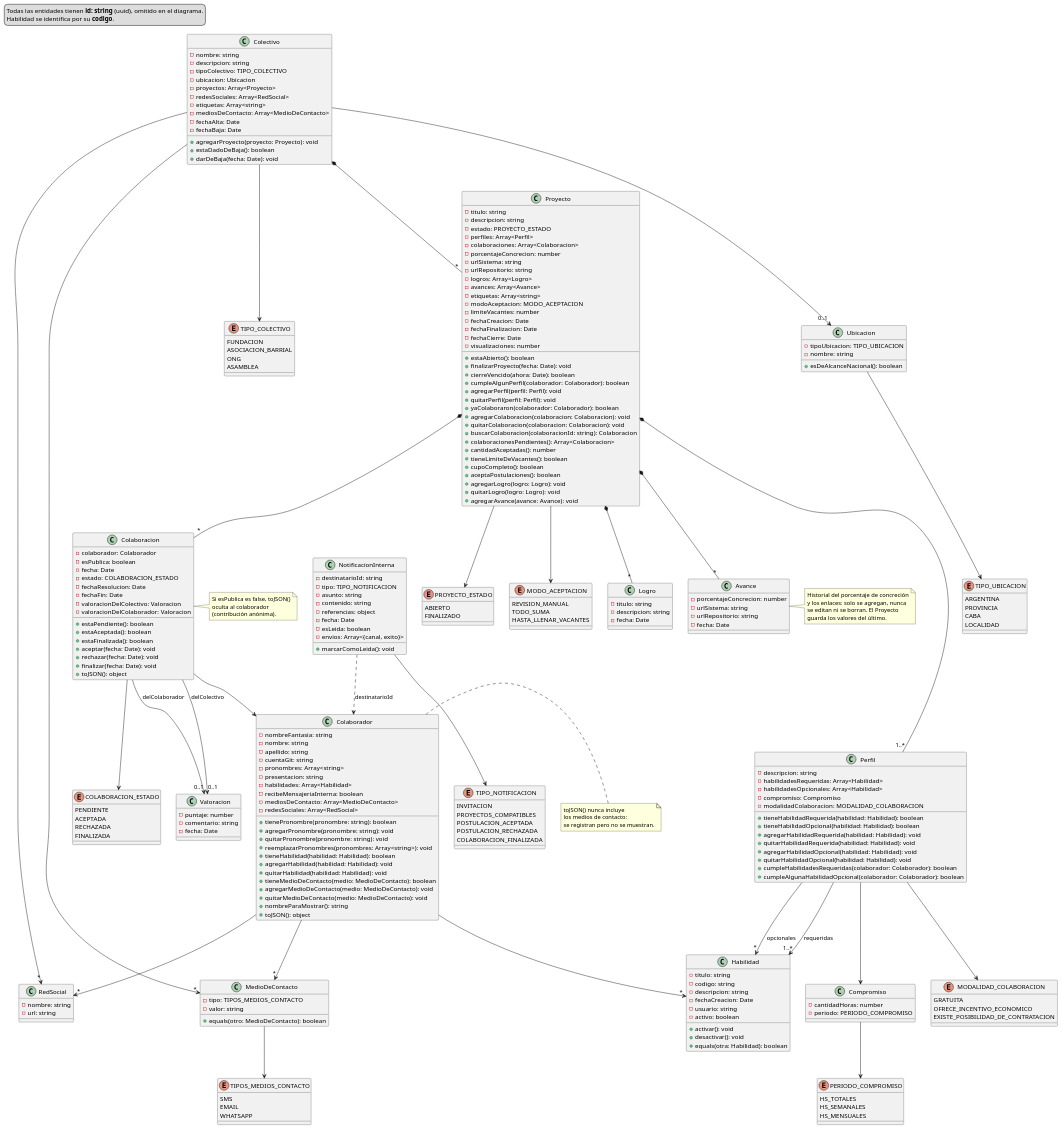
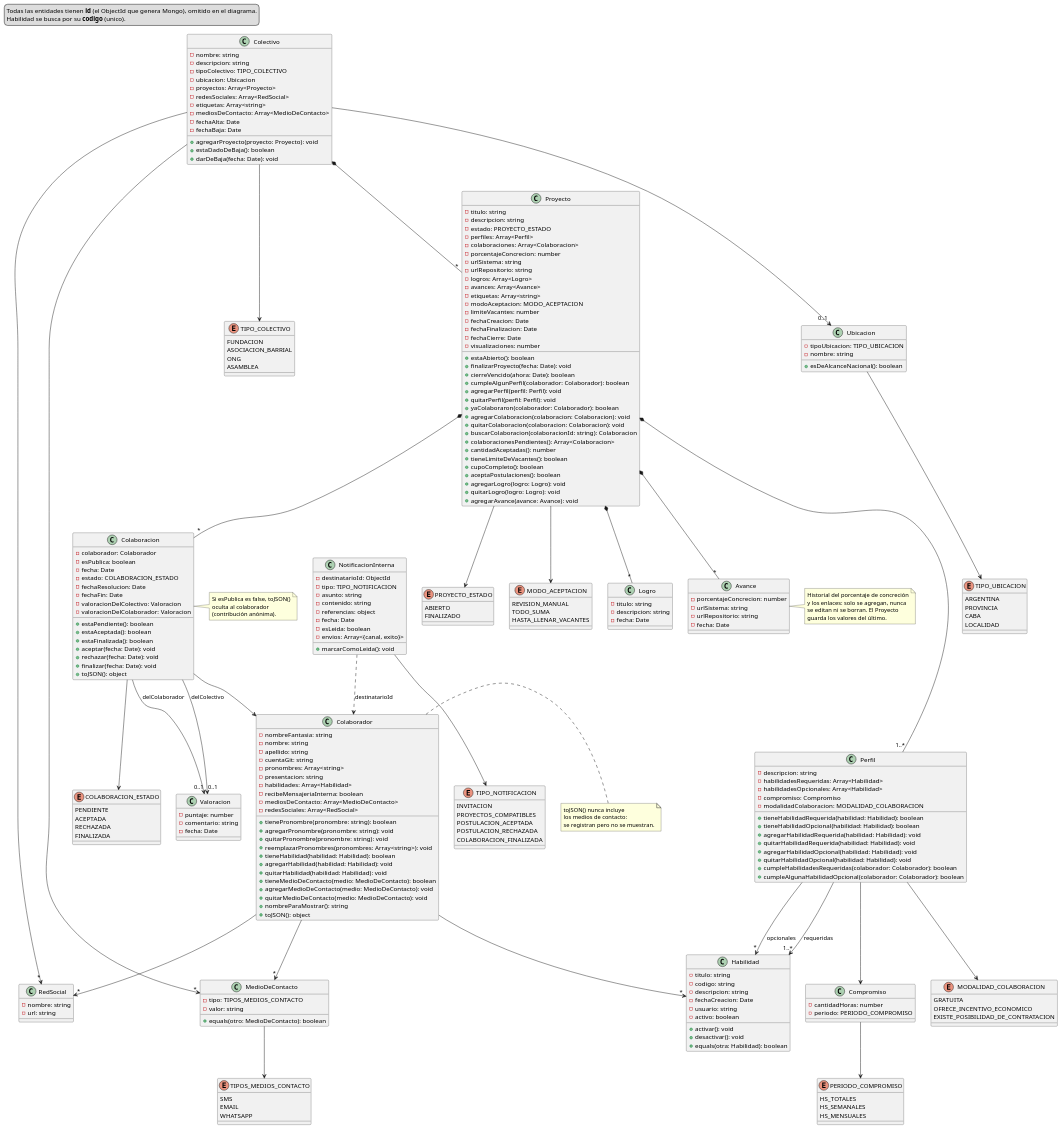
One commit to Mazzini123/tp-desarrollo-2c-2026 changed the diagram in diagrama_clases/diagrama_clases.puml. Above: the diagram before and after it, drawn with PlantUML. The commit also changed 3 other files, not shown here.

First line of the commit message:
docs: README, Swagger y diagrama al dia con las correcciones

```diff
--- a/diagrama_clases/diagrama_clases.puml
+++ b/diagrama_clases/diagrama_clases.puml
@@ -1,14 +1,14 @@
 @startuml
 
 ' Todas las entidades (Colectivo, Proyecto, Perfil, Colaboracion, Logro,
-' Avance, Colaborador, NotificacionInterna) tienen un id: string (uuid) que
-' se omite para no repetirlo en cada clase. Habilidad se identifica por su
-' codigo. Ubicacion, Compromiso, MedioDeContacto, RedSocial y Valoracion son
+' Avance, Colaborador, NotificacionInterna) tienen un id: el ObjectId que
+' genera Mongo (_id), que se omite para no repetirlo en cada clase. Habilidad
+' tambien lo tiene, pero se busca por su codigo (unico). Ubicacion, Compromiso, MedioDeContacto, RedSocial y Valoracion son
 ' objetos de valor: no tienen id.
 
 legend top left
-  Todas las entidades tienen <b>id: string</b> (uuid), omitido en el diagrama.
-  Habilidad se identifica por su <b>codigo</b>.
+  Todas las entidades tienen <b>id</b> (el ObjectId que genera Mongo), omitido en el diagrama.
+  Habilidad se busca por su <b>codigo</b> (unico).
 endlegend
 
 ' ───────────────────────── Colectivo y Ubicación ─────────────────────────
@@ -297,7 +297,7 @@
 ' ───────────────────────── Notificaciones ─────────────────────────
 
 class NotificacionInterna {
-  -destinatarioId: string
+  -destinatarioId: ObjectId
   -tipo: TIPO_NOTIFICACION
   -asunto: string
   -contenido: string
```
